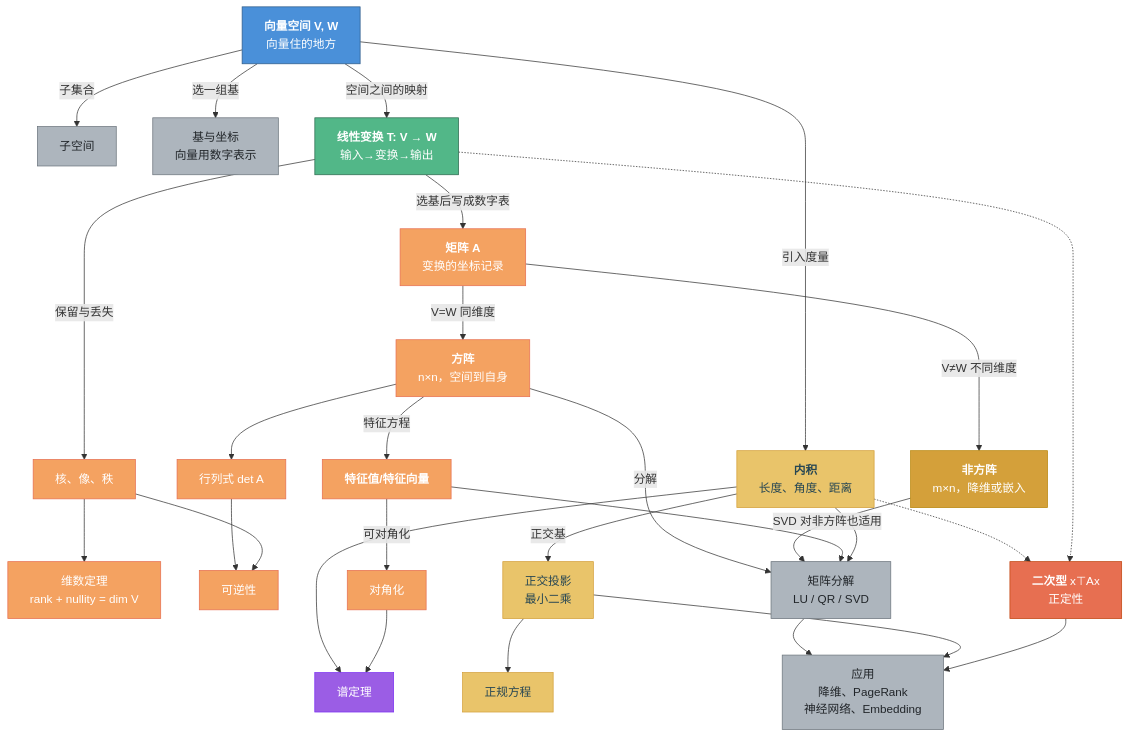
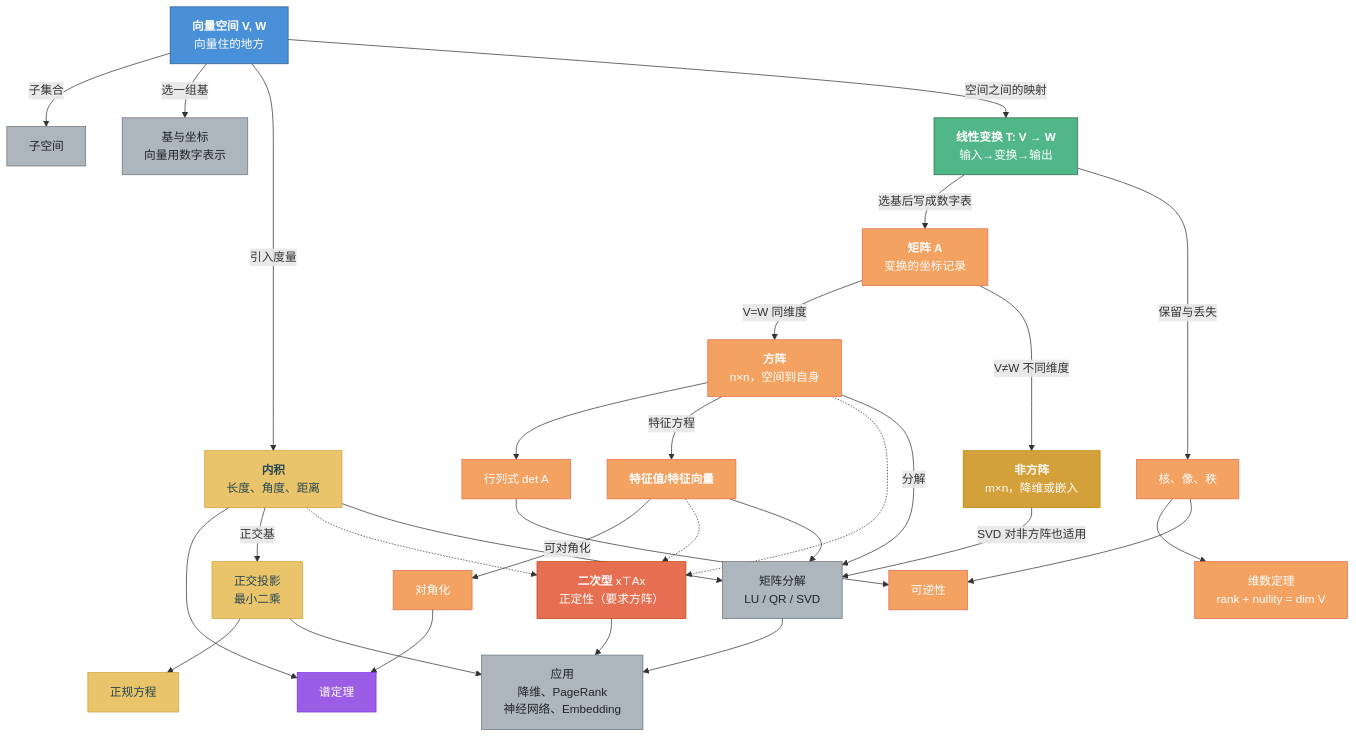
One commit to yang-fengju/linear-algebra-history-book changed the second of 2 diagrams in book/ch19-全景.md. Above: the diagram before and after it, drawn with Mermaid. The commit also changed other lines of this file, not shown here.

Commit message:
fix: ch19 概念网络图修正二次型连线（LT→Sq，补Eig虚线）
- 二次型 x⊤Ax 要求方阵：LT-.->Quad 改为 Sq-.->Quad
- 正定性由特征值决定：补 Eig-.->Quad 虚线
- Quad节点注释加"要求方阵"说明

````diff
--- a/book/ch19-全景.md
+++ b/book/ch19-全景.md
@@ -317,55 +317,56 @@
 ```mermaid
 flowchart TD
     VS["<b>向量空间 V, W</b><br/>向量住的地方"] -->|子集合| Sub["子空间"]
     VS -->|选一组基| Coord["基与坐标<br/>向量用数字表示"]
     VS -->|引入度量| Inner["<b>内积</b><br/>长度、角度、距离"]
 
     VS -->|空间之间的映射| LT["<b>线性变换 T: V → W</b><br/>输入→变换→输出"]
     LT -->|选基后写成数字表| Mat["<b>矩阵 A</b><br/>变换的坐标记录"]
     LT -->|保留与丢失| KIR["核、像、秩"]
     KIR --> DimThm["维数定理<br/>rank + nullity = dim V"]
 
     Mat -->|V=W 同维度| Sq["<b>方阵</b><br/>n×n，空间到自身"]
     Mat -->|V≠W 不同维度| NonSq["<b>非方阵</b><br/>m×n，降维或嵌入"]
 
     Sq --> Det["行列式 det A"]
     Det --> Inv["可逆性"]
     KIR --> Inv
 
     Sq -->|特征方程| Eig["<b>特征值/特征向量</b>"]
     Eig -->|可对角化| Diag["对角化"]
     Inner --> Spectral["谱定理"]
     Diag --> Spectral
 
     Inner -->|正交基| Proj["正交投影<br/>最小二乘"]
     Proj --> Normal["正规方程"]
-    Inner -.-> Quad["<b>二次型</b> x⊤Ax<br/>正定性"]
-    LT -.-> Quad
+    Inner -.-> Quad["<b>二次型</b> x⊤Ax<br/>正定性（要求方阵）"]
+    Sq -.-> Quad
+    Eig -.-> Quad
 
     Sq -->|分解| Decomp["矩阵分解<br/>LU / QR / SVD"]
     NonSq -->|SVD 对非方阵也适用| Decomp
     Eig --> Decomp
     Inner --> Decomp
 
     Decomp --> App["应用<br/>降维、PageRank<br/>神经网络、Embedding"]
     Proj --> App
     Quad --> App
 
     classDef stage fill:#4A90D9,stroke:#2E5C8A,color:#fff
     classDef action fill:#52B788,stroke:#2D6A4F,color:#fff
     classDef tool fill:#F4A261,stroke:#E76F51,color:#fff
     classDef metric fill:#E9C46A,stroke:#D4A03A,color:#264653
     classDef spectral fill:#9B5DE5,stroke:#7B2FF2,color:#fff
     classDef junction fill:#E76F51,stroke:#C1440E,color:#fff
     classDef app fill:#ADB5BD,stroke:#6C757D,color:#212529
     classDef nonsq fill:#D4A03A,stroke:#B8860B,color:#fff
 
     class VS stage
     class LT action
     class Mat,Sq,Det,Inv,Eig,Diag,KIR,DimThm tool
     class NonSq nonsq
     class Inner,Proj,Normal metric
     class Spectral spectral
     class Quad junction
     class Sub,Coord,Decomp,App app
 ```
````
